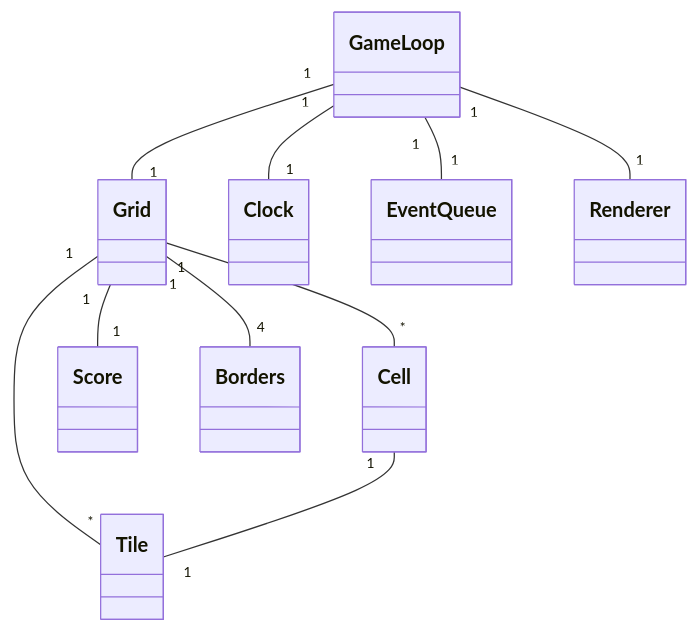
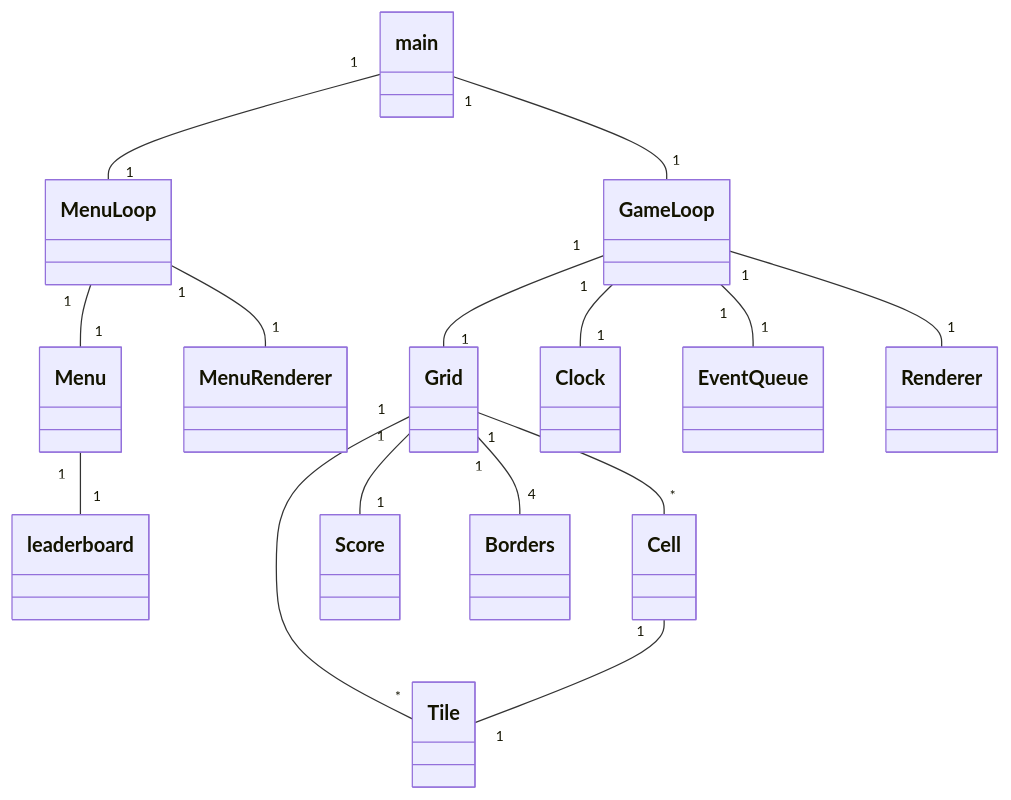
One commit to user34911/ot-harjoitustyo changed the first of 2 diagrams in 2048/dokumentaatio/arkkitehtuuri.md. Above: the diagram before and after it, drawn with Mermaid. The commit also changed other lines of this file, not shown here.

First line of the commit message:
Enhance architecture documentation with diagrams and details

````diff
--- a/2048/dokumentaatio/arkkitehtuuri.md
+++ b/2048/dokumentaatio/arkkitehtuuri.md
@@ -3,12 +4,17 @@
 ```mermaid
-  classDiagram
-      GameLoop "1" -- "1" Grid
-      GameLoop "1" -- "1" Clock
-      GameLoop "1" -- "1" EventQueue
-      GameLoop "1" -- "1" Renderer
-      Grid "1" -- "*" Cell
-      Grid "1" -- "*" Tile
-      Cell "1" -- "1" Tile
-      Grid "1" -- "1" Score
-      Grid "1" -- "4" Borders
+classDiagram
+    main "1" -- "1" GameLoop
+    main "1" -- "1" MenuLoop
+    MenuLoop "1" -- "1" Menu
+    MenuLoop "1" -- "1" MenuRenderer
+    Menu "1" -- "1" leaderboard
+    GameLoop "1" -- "1" Grid
+    GameLoop "1" -- "1" Clock
+    GameLoop "1" -- "1" EventQueue
+    GameLoop "1" -- "1" Renderer
+    Grid "1" -- "*" Cell
+    Grid "1" -- "*" Tile
+    Cell "1" -- "1" Tile
+    Grid "1" -- "1" Score
+    Grid "1" -- "4" Borders
   ```
````
